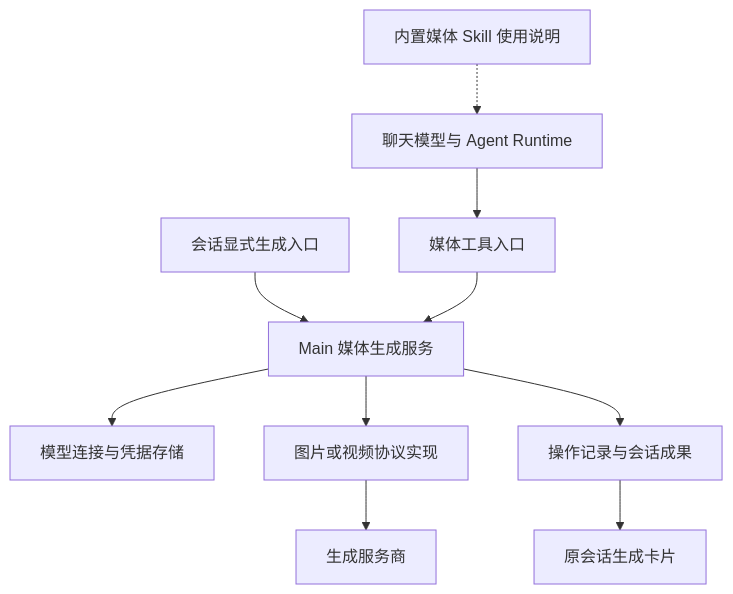
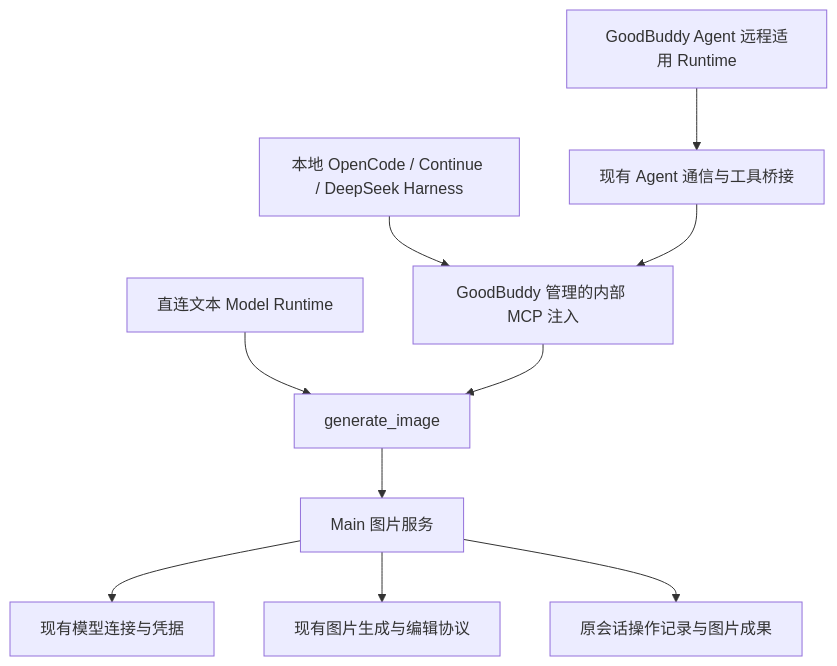
One commit to mesalogo/goodbuddy changed the diagram in docs/features/conversation-media-generation/technical-design.md. Above: the diagram before and after it, drawn with Mermaid. The commit also changed other lines of this file and 77 other files, not shown here.

````diff
--- a/docs/features/conversation-media-generation/technical-design.md
+++ b/docs/features/conversation-media-generation/technical-design.md
@@ -19,12 +7,12 @@
 ```mermaid
 flowchart TD
-  Chat[聊天模型与 Agent Runtime] --> Tool[媒体工具入口]
-  Skill[内置媒体 Skill 使用说明] -.-> Chat
-  UI[会话显式生成入口] --> Main[Main 媒体生成服务]
-  Tool --> Main
-  Main --> Profile[模型连接与凭据存储]
-  Main --> Adapter[图片或视频协议实现]
-  Adapter --> Provider[生成服务商]
-  Main --> Artifact[操作记录与会话成果]
-  Artifact --> Card[原会话生成卡片]
+  Direct[直连文本 Model Runtime] --> Tool[generate_image]
+  Local[本地 OpenCode / Continue / DeepSeek Harness] --> Injection[GoodBuddy 管理的内部 MCP 注入]
+  Remote[GoodBuddy Agent 远程适用 Runtime] --> Bridge[现有 Agent 通信与工具桥接]
+  Bridge --> Injection
+  Injection --> Tool
+  Tool --> Main[Main 图片服务]
+  Main --> Profile[现有模型连接与凭据]
+  Main --> Adapter[现有图片生成与编辑协议]
+  Main --> Artifact[原会话操作记录与图片成果]
 ```
````
